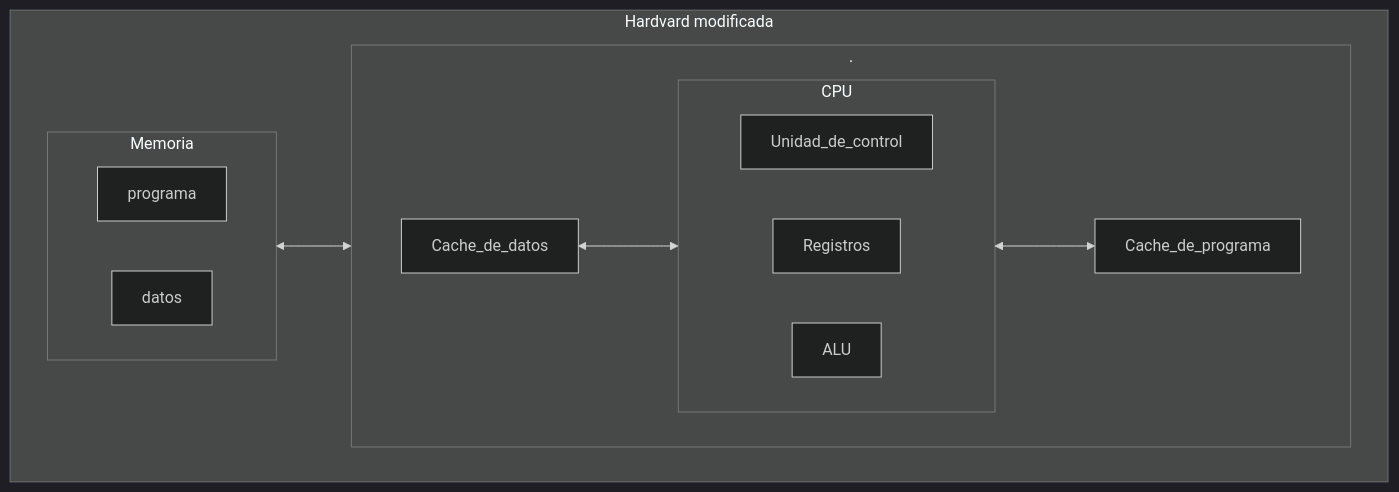
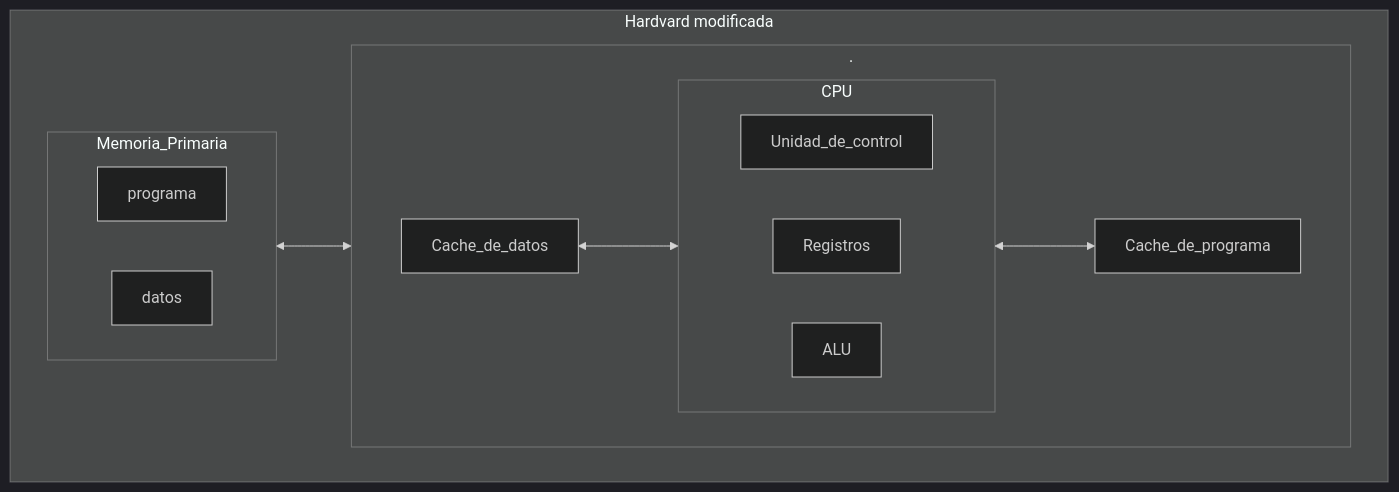
Before and after one commit to desmonHak/Pruebas-os: the third of 3 diagrams in ASM-Desde-0/las-arquitecturas.md, drawn with Mermaid (dark theme). The commit also changed other lines of this file and 3 other files, not shown here.

````diff
--- a/ASM-Desde-0/las-arquitecturas.md
+++ b/ASM-Desde-0/las-arquitecturas.md
@@ -65,32 +65,32 @@
 ```mermaid 
 flowchart TB
     subgraph Hardvard modificada
             direction RL
 
 
-            subgraph Memoria
+            subgraph Memoria_Primaria
                 direction RL
                 programa
                 datos
             end
             
             subgraph .
              
                 direction RL
 
                 Cache_de_datos
                 subgraph CPU
                     direction RL
                     Unidad_de_control
                     Registros
                     ALU
                 end
                 Cache_de_programa
 
             end 
     end
 
     Cache_de_programa <--> CPU <--> Cache_de_datos
 
-    . <--> Memoria
+    . <--> Memoria_Primaria
 ```
````
